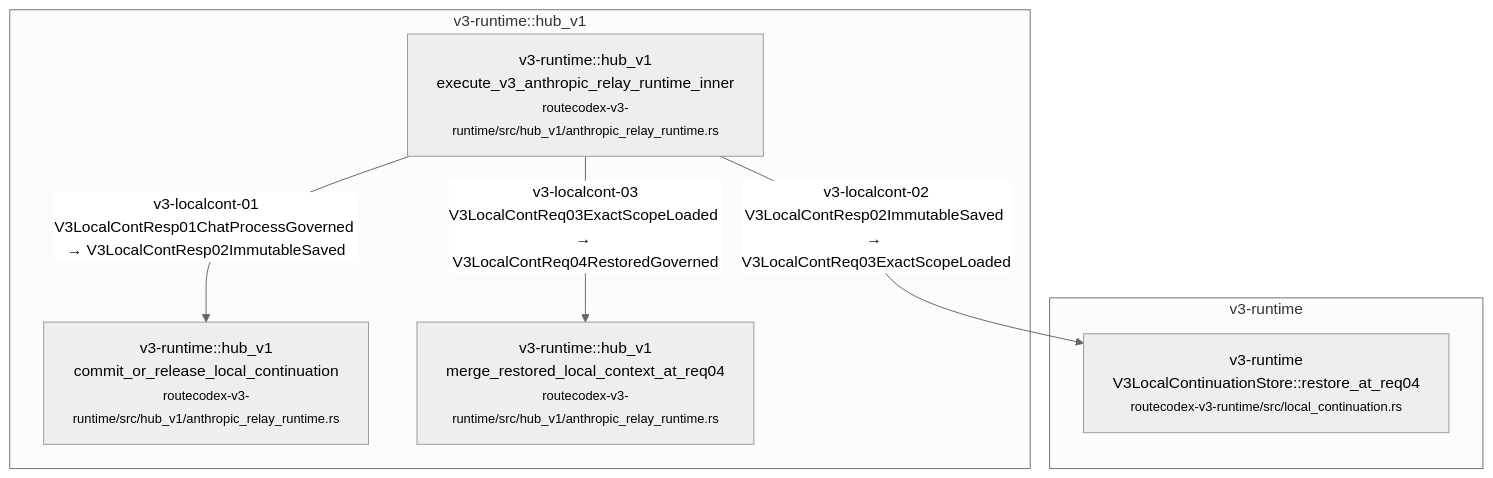
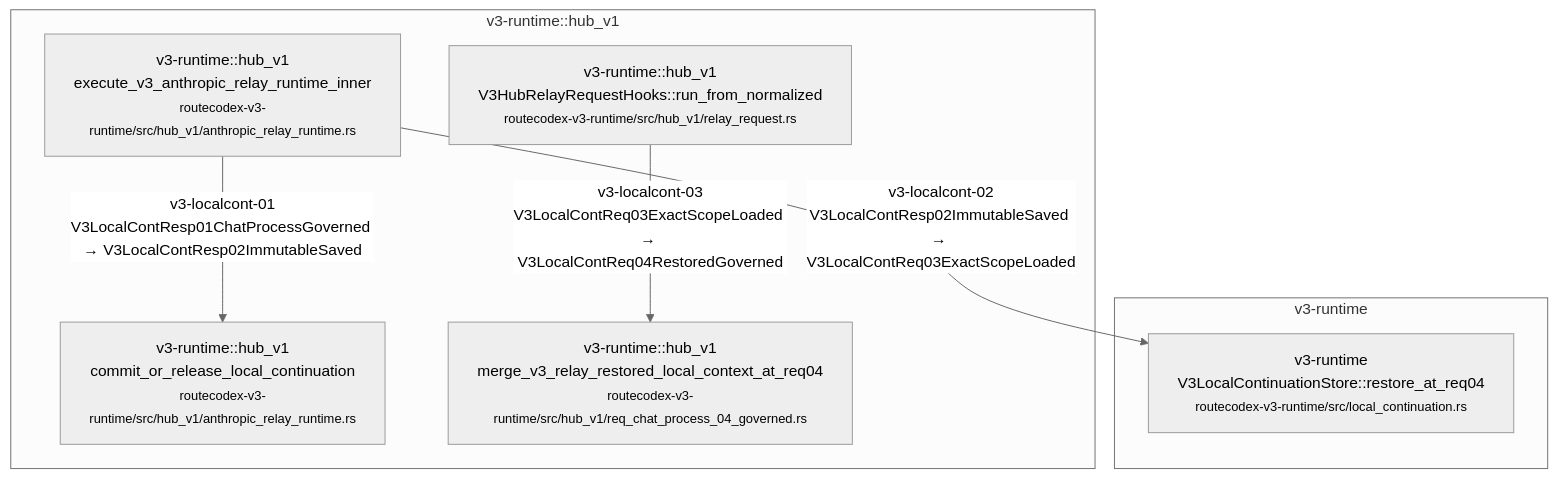
One commit to Jasonzhangf/routecodex changed diagram 23 of 34 in docs/architecture/wiki/v3-mainline-caller-flow.md. Above: the diagram before and after it, drawn with Mermaid (neutral theme). The commit also changed other lines of this file and 31 other files, not shown here.

Commit message:
fix(v3): close relay runtime gaps

````diff
--- a/docs/architecture/wiki/v3-mainline-caller-flow.md
+++ b/docs/architecture/wiki/v3-mainline-caller-flow.md
@@ -891,14 +891,15 @@
 ```mermaid
 flowchart TD
   subgraph c_21_v3_anthropic_relay_local_continuation_m_v3_runtime["v3-runtime"]
     c_21_v3_anthropic_relay_local_continuation_2["v3-runtime<br/>V3LocalContinuationStore::restore_at_req04<br/><small>routecodex-v3-runtime/src/local_continuation.rs</small>"]
   end
   subgraph c_21_v3_anthropic_relay_local_continuation_m_v3_runtime__hub_v1["v3-runtime::hub_v1"]
     c_21_v3_anthropic_relay_local_continuation_0["v3-runtime::hub_v1<br/>execute_v3_anthropic_relay_runtime_inner<br/><small>routecodex-v3-runtime/src/hub_v1/anthropic_relay_runtime.rs</small>"]
     c_21_v3_anthropic_relay_local_continuation_1["v3-runtime::hub_v1<br/>commit_or_release_local_continuation<br/><small>routecodex-v3-runtime/src/hub_v1/anthropic_relay_runtime.rs</small>"]
-    c_21_v3_anthropic_relay_local_continuation_3["v3-runtime::hub_v1<br/>merge_restored_local_context_at_req04<br/><small>routecodex-v3-runtime/src/hub_v1/anthropic_relay_runtime.rs</small>"]
+    c_21_v3_anthropic_relay_local_continuation_3["v3-runtime::hub_v1<br/>V3HubRelayRequestHooks::run_from_normalized<br/><small>routecodex-v3-runtime/src/hub_v1/relay_request.rs</small>"]
+    c_21_v3_anthropic_relay_local_continuation_4["v3-runtime::hub_v1<br/>merge_v3_relay_restored_local_context_at_req04<br/><small>routecodex-v3-runtime/src/hub_v1/req_chat_process_04_governed.rs</small>"]
   end
   c_21_v3_anthropic_relay_local_continuation_0 -->|v3-localcont-01<br/>V3LocalContResp01ChatProcessGoverned → V3LocalContResp02ImmutableSaved| c_21_v3_anthropic_relay_local_continuation_1
   c_21_v3_anthropic_relay_local_continuation_0 -->|v3-localcont-02<br/>V3LocalContResp02ImmutableSaved → V3LocalContReq03ExactScopeLoaded| c_21_v3_anthropic_relay_local_continuation_2
-  c_21_v3_anthropic_relay_local_continuation_0 -->|v3-localcont-03<br/>V3LocalContReq03ExactScopeLoaded → V3LocalContReq04RestoredGoverned| c_21_v3_anthropic_relay_local_continuation_3
+  c_21_v3_anthropic_relay_local_continuation_3 -->|v3-localcont-03<br/>V3LocalContReq03ExactScopeLoaded → V3LocalContReq04RestoredGoverned| c_21_v3_anthropic_relay_local_continuation_4
 ```
````
